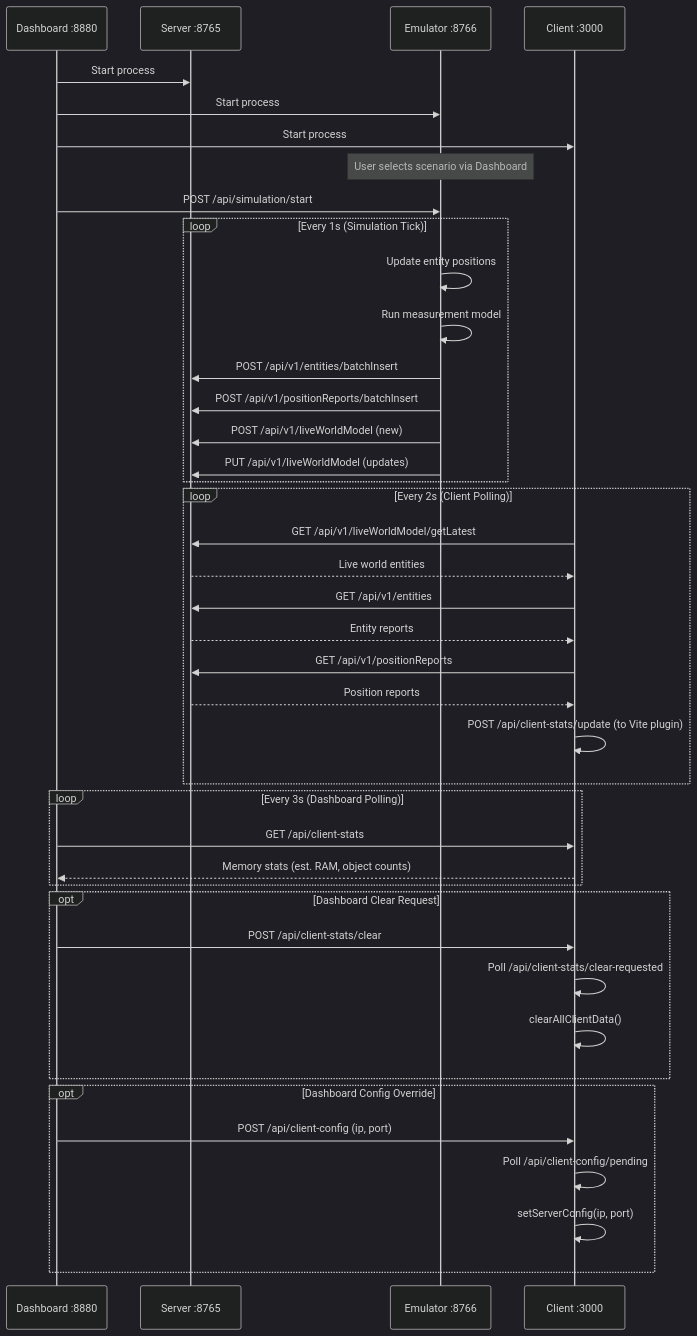
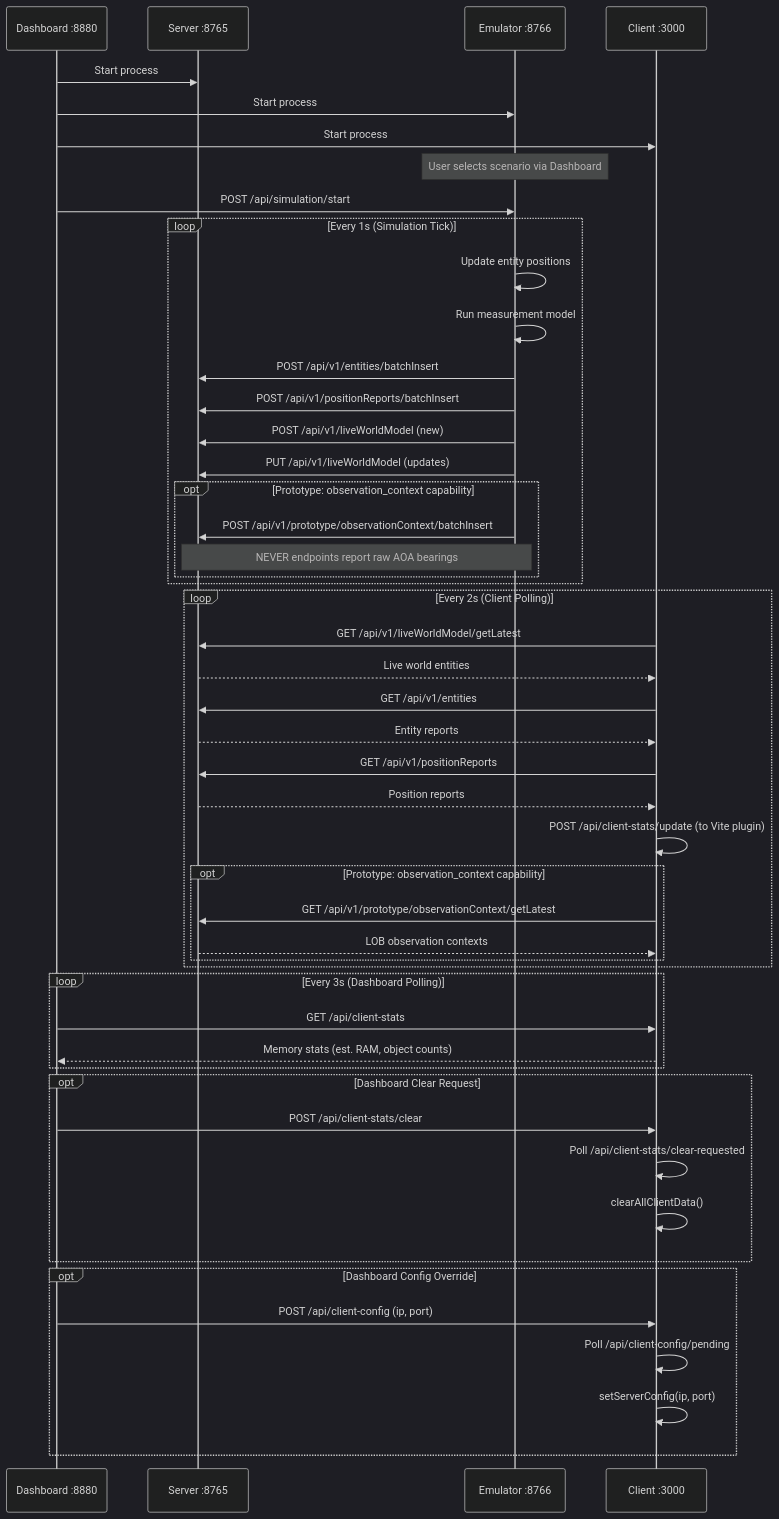
The second of 2 diagrams in docs/system-architecture-diagram.md (ericpauls/disco_workspace), drawn with Mermaid (dark theme) before and after one commit. The commit also changed 4 other files, not shown here.

First line of the commit message:
feat: Observation context prototype — AOA/LOB across all components

````diff
--- a/docs/system-architecture-diagram.md
+++ b/docs/system-architecture-diagram.md
@@ -86,51 +86,61 @@
 ```mermaid
 sequenceDiagram
     participant D as Dashboard :8880
     participant S as Server :8765
     participant E as Emulator :8766
     participant C as Client :3000
 
     D->>S: Start process
     D->>E: Start process
     D->>C: Start process
 
     Note over E: User selects scenario via Dashboard
     D->>E: POST /api/simulation/start
 
     loop Every 1s (Simulation Tick)
         E->>E: Update entity positions
         E->>E: Run measurement model
 
         E->>S: POST /api/v1/entities/batchInsert
         E->>S: POST /api/v1/positionReports/batchInsert
         E->>S: POST /api/v1/liveWorldModel (new)
         E->>S: PUT /api/v1/liveWorldModel (updates)
+
+        opt Prototype: observation_context capability
+            E->>S: POST /api/v1/prototype/observationContext/batchInsert
+            Note over E,S: NEVER endpoints report raw AOA bearings
+        end
     end
 
     loop Every 2s (Client Polling)
         C->>S: GET /api/v1/liveWorldModel/getLatest
         S-->>C: Live world entities
         C->>S: GET /api/v1/entities
         S-->>C: Entity reports
         C->>S: GET /api/v1/positionReports
         S-->>C: Position reports
         C->>C: POST /api/client-stats/update (to Vite plugin)
+
+        opt Prototype: observation_context capability
+            C->>S: GET /api/v1/prototype/observationContext/getLatest
+            S-->>C: LOB observation contexts
+        end
     end
 
     loop Every 3s (Dashboard Polling)
         D->>C: GET /api/client-stats
         C-->>D: Memory stats (est. RAM, object counts)
     end
 
     opt Dashboard Clear Request
         D->>C: POST /api/client-stats/clear
         C->>C: Poll /api/client-stats/clear-requested
         C->>C: clearAllClientData()
     end
 
     opt Dashboard Config Override
         D->>C: POST /api/client-config (ip, port)
         C->>C: Poll /api/client-config/pending
         C->>C: setServerConfig(ip, port)
     end
 ```
````
